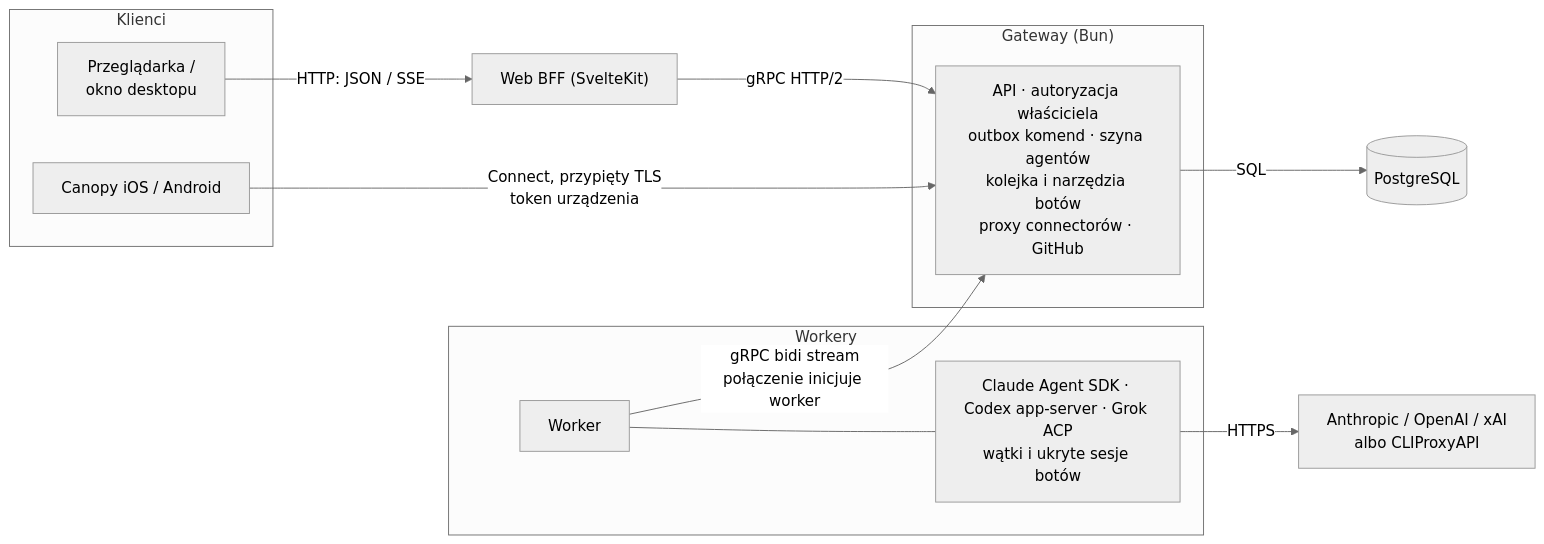
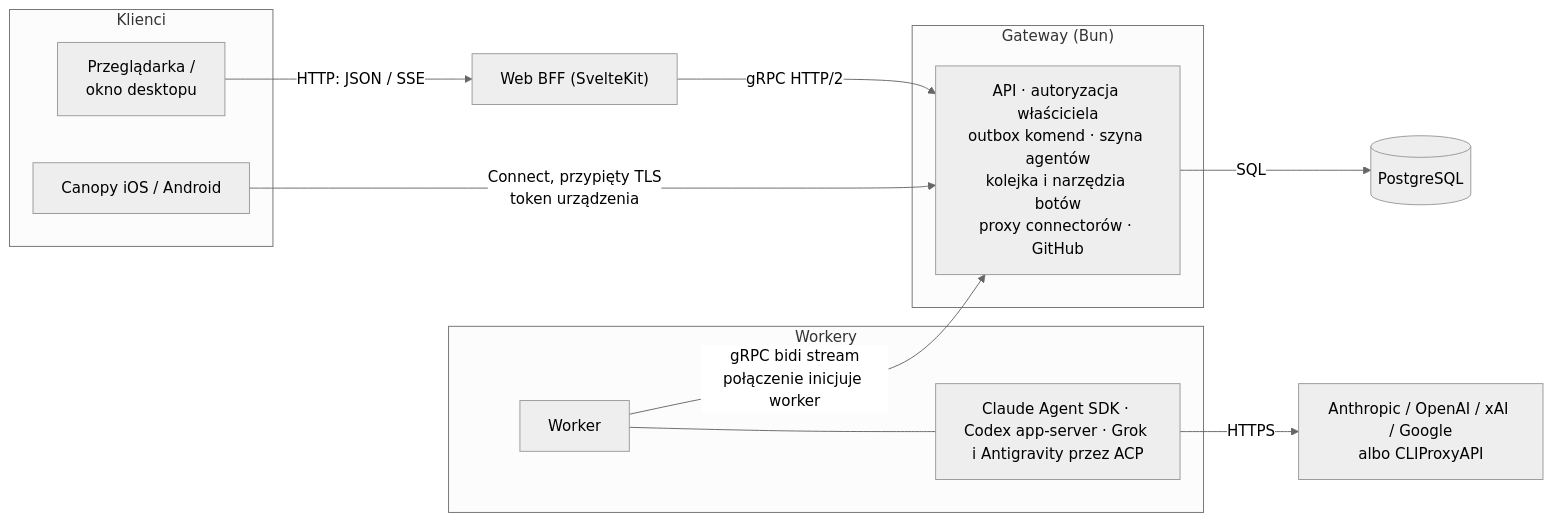
One commit to itsoltech/canopy changed the first of 8 diagrams in docs/architecture.md. Above: the diagram before and after it, drawn with Mermaid (neutral theme). The commit also changed other lines of this file and 313 other files, not shown here.

Commit message:
feat(worker): add antigravity cli over acp

````diff
--- a/docs/architecture.md
+++ b/docs/architecture.md
@@ -153,30 +155,30 @@
 ```mermaid
 flowchart LR
     subgraph Clients["Klienci"]
         UI["Przeglądarka /<br/>okno desktopu"]
         M["Canopy iOS / Android"]
     end
 
     BFF["Web BFF (SvelteKit)"]
 
     subgraph GWBox["Gateway (Bun)"]
         GW["API · autoryzacja właściciela<br/>outbox komend · szyna agentów<br/>kolejka i narzędzia botów<br/>proxy connectorów · GitHub"]
     end
 
     PG[("PostgreSQL")]
 
     subgraph Edge["Workery"]
         W["Worker"]
-        H["Claude Agent SDK · Codex app-server · Grok ACP<br/>wątki i ukryte sesje botów"]
+        H["Claude Agent SDK · Codex app-server · Grok i Antigravity przez ACP"]
     end
 
-    LLM["Anthropic / OpenAI / xAI<br/>albo CLIProxyAPI"]
+    LLM["Anthropic / OpenAI / xAI / Google<br/>albo CLIProxyAPI"]
 
     UI -- "HTTP: JSON / SSE" --> BFF
     BFF -- "gRPC HTTP/2" --> GW
     M -- "Connect, przypięty TLS<br/>token urządzenia" --> GW
     GW -- "SQL" --> PG
     W -- "gRPC bidi stream<br/>połączenie inicjuje worker" --> GW
     W --- H
     H -- "HTTPS" --> LLM
 ```
````
